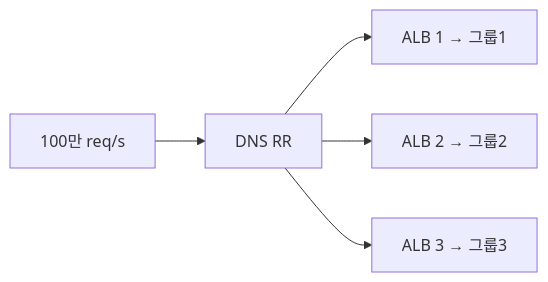
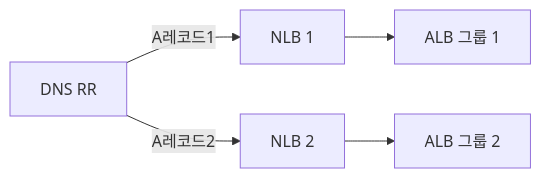
The ninth of 10 diagrams in _posts/network/2026-05-01-load-balancer.md (yjkim2015/yjkim2015.github.io), drawn with Mermaid before and after one commit. The commit also changed other lines of this file and 4 other files, not shown here.

````diff
--- a/_posts/network/2026-05-01-load-balancer.md
+++ b/_posts/network/2026-05-01-load-balancer.md
@@ -687,7 +1571,7 @@
 ```mermaid
 graph LR
-    T["100만 req/s"] --> DNS["DNS RR"]
-    DNS --> LB1["ALB 1 → 그룹1"]
-    DNS --> LB2["ALB 2 → 그룹2"]
-    DNS --> LB3["ALB 3 → 그룹3"]
+    D["DNS RR"] -->|"A레코드1"| L1["NLB 1"]
+    D -->|"A레코드2"| L2["NLB 2"]
+    L1 --> G1["ALB 그룹 1"]
+    L2 --> G2["ALB 그룹 2"]
 ```
````
